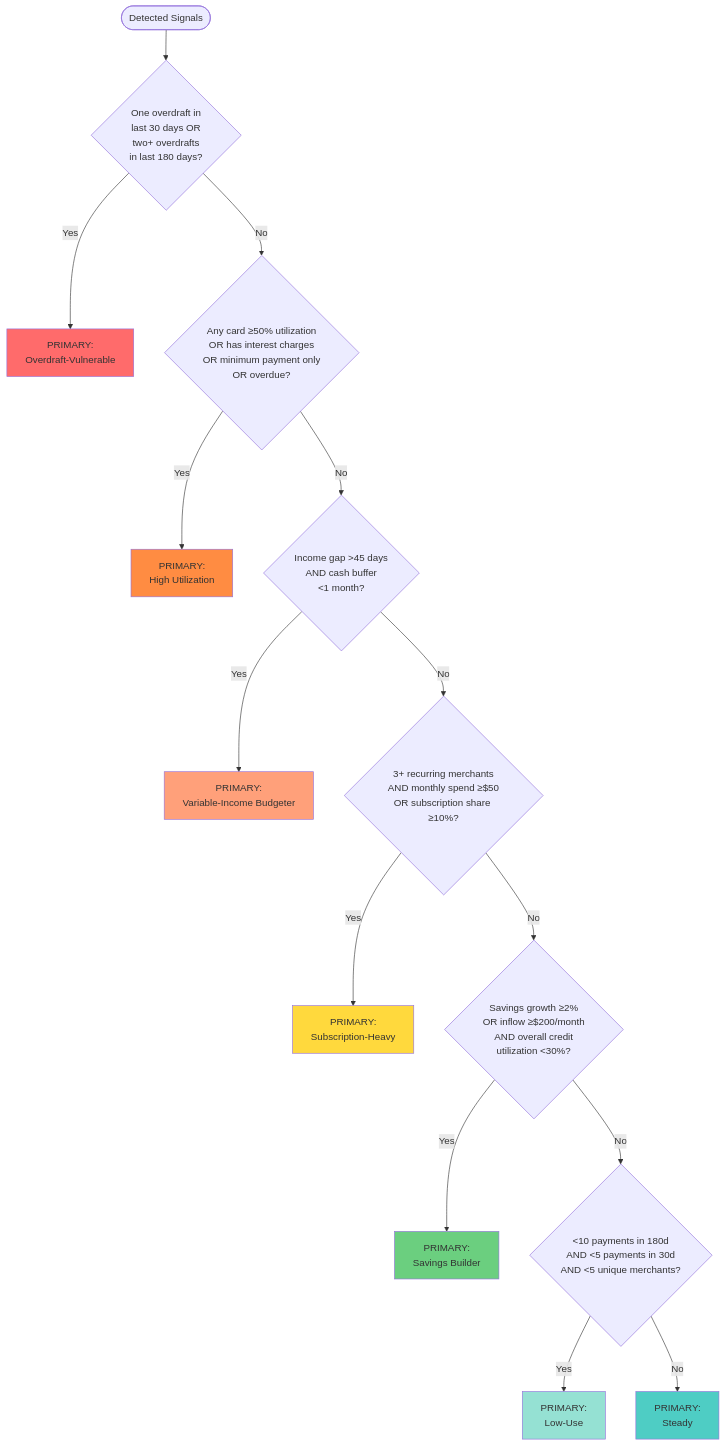
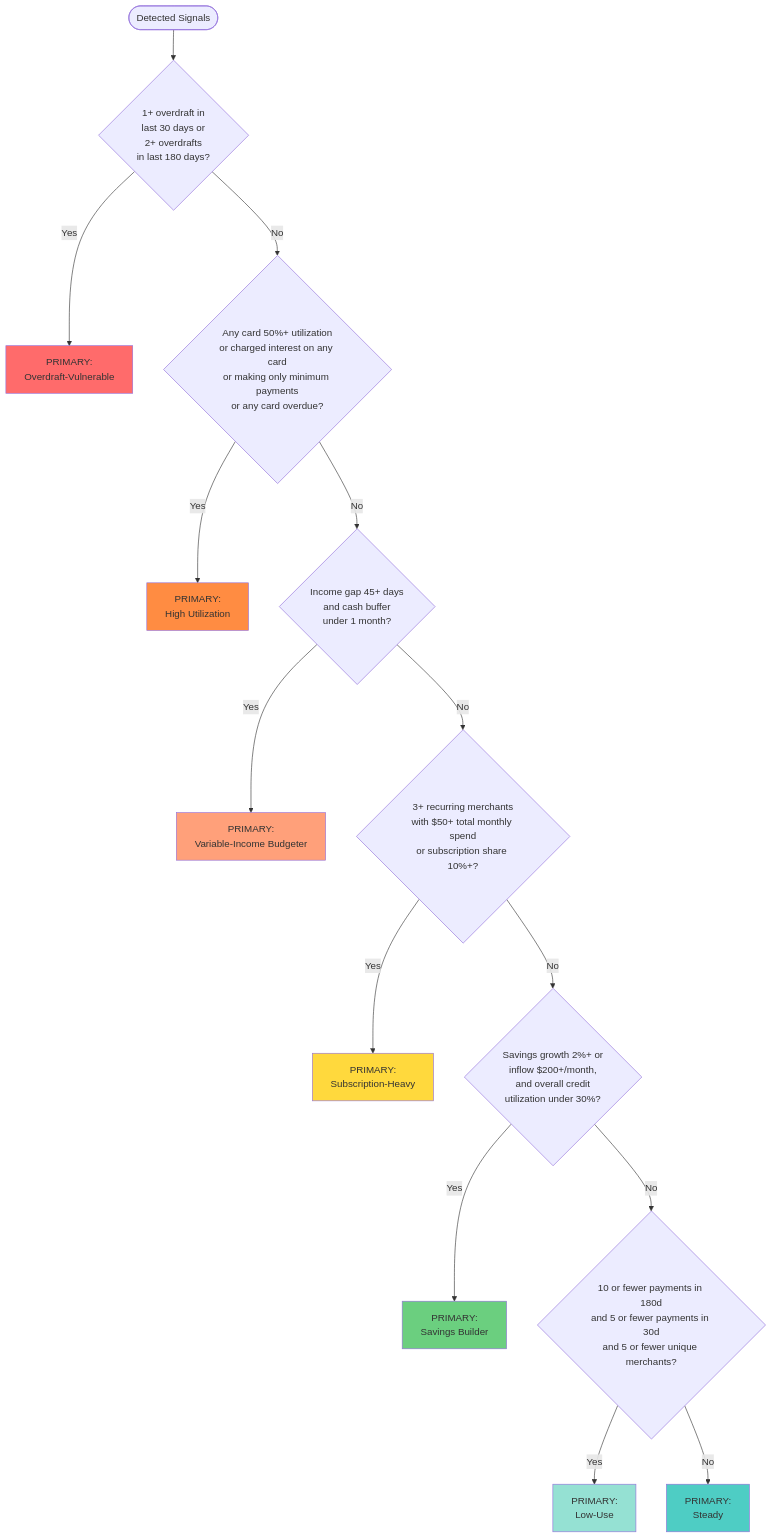
Before and after one commit to NShumway/learn-cents: the diagram in docs/persona-assignment.md, drawn with Mermaid. The commit also changed other lines of this file, not shown here.

Commit message:
Improve flowchart clarity and consistency
Changes to decision tree:
- Change "persona" to "insight" throughout for user-facing consistency
- Use digits instead of spelled numbers (1+, 2+, etc.)
- Consistent notation: X+ or "X or fewer" instead of mixed ≥/</</>/etc
- Clarify credit criteria:
  - "charged interest on any card" (clearer than "has interest charges")
  - "making only minimum payments" (clearer than "minimum payment only")
  - "any card overdue" (consistent phrasing)
- Fix ambiguous order of operations in Savings Builder:
  - "Savings growth 2%+ or inflow $200+/month, and overall credit utilization under 30%"
  - Comma clarifies it's (A or B) and C, not A or (B and C)
- Improve subscription criteria: "with $50+ total monthly spend" (clearer)
- Cash buffer: "under 1 month" (more natural than <1 month)
- Lowercase "or" and "and" (less visual noise)

Note about minimum payment detection:
Detected via Plaid liabilities API by comparing last_payment_amount to
minimum_payment_amount (within $1 = minimum only)

🤖 Generated with [Claude Code](https://claude.com/claude-code)

````diff
--- a/docs/persona-assignment.md
+++ b/docs/persona-assignment.md
@@ -45,30 +45,30 @@
 ```mermaid
 flowchart TD
-    Start([Detected Signals]) --> Overdraft{One overdraft in<br/>last 30 days OR<br/>two+ overdrafts<br/>in last 180 days?}
+    Start([Detected Signals]) --> Overdraft{1+ overdraft in<br/>last 30 days or<br/>2+ overdrafts<br/>in last 180 days?}
 
     Overdraft -->|Yes| P1[PRIMARY:<br/>Overdraft-Vulnerable]
-    Overdraft -->|No| Credit{Any card ≥50% utilization<br/>OR has interest charges<br/>OR minimum payment only<br/>OR overdue?}
+    Overdraft -->|No| Credit{Any card 50%+ utilization<br/>or charged interest on any card<br/>or making only minimum payments<br/>or any card overdue?}
 
     Credit -->|Yes| P2[PRIMARY:<br/>High Utilization]
-    Credit -->|No| Income{Income gap >45 days<br/>AND cash buffer<br/><1 month?}
+    Credit -->|No| Income{Income gap 45+ days<br/>and cash buffer<br/>under 1 month?}
 
     Income -->|Yes| P3[PRIMARY:<br/>Variable-Income Budgeter]
-    Income -->|No| Subscription{3+ recurring merchants<br/>AND monthly spend ≥$50<br/>OR subscription share ≥10%?}
+    Income -->|No| Subscription{3+ recurring merchants<br/>with $50+ total monthly spend<br/>or subscription share 10%+?}
 
     Subscription -->|Yes| P4[PRIMARY:<br/>Subscription-Heavy]
-    Subscription -->|No| Saver{Savings growth ≥2%<br/>OR inflow ≥$200/month<br/>AND overall credit<br/>utilization <30%?}
+    Subscription -->|No| Saver{Savings growth 2%+ or<br/>inflow $200+/month,<br/>and overall credit<br/>utilization under 30%?}
 
     Saver -->|Yes| P5[PRIMARY:<br/>Savings Builder]
-    Saver -->|No| LowUse{<10 payments in 180d<br/>AND <5 payments in 30d<br/>AND <5 unique merchants?}
+    Saver -->|No| LowUse{10 or fewer payments in 180d<br/>and 5 or fewer payments in 30d<br/>and 5 or fewer unique merchants?}
 
     LowUse -->|Yes| P6[PRIMARY:<br/>Low-Use]
     LowUse -->|No| P7[PRIMARY:<br/>Steady]
 
     style P1 fill:#ff6b6b
     style P2 fill:#ff8c42
     style P3 fill:#ffa07a
     style P4 fill:#ffd93d
     style P5 fill:#6bcf7f
     style P6 fill:#95e1d3
     style P7 fill:#4ecdc4
 ```
````
